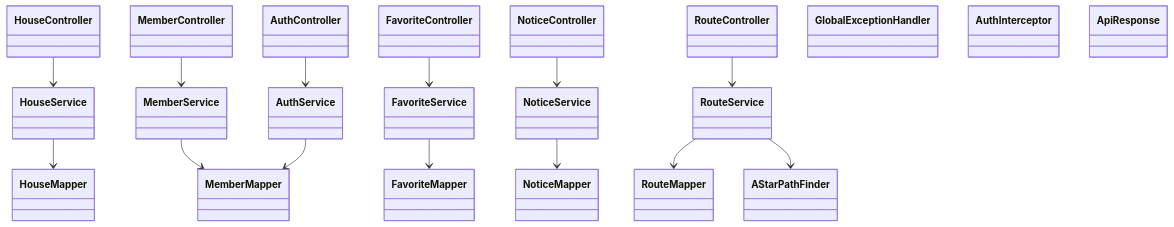
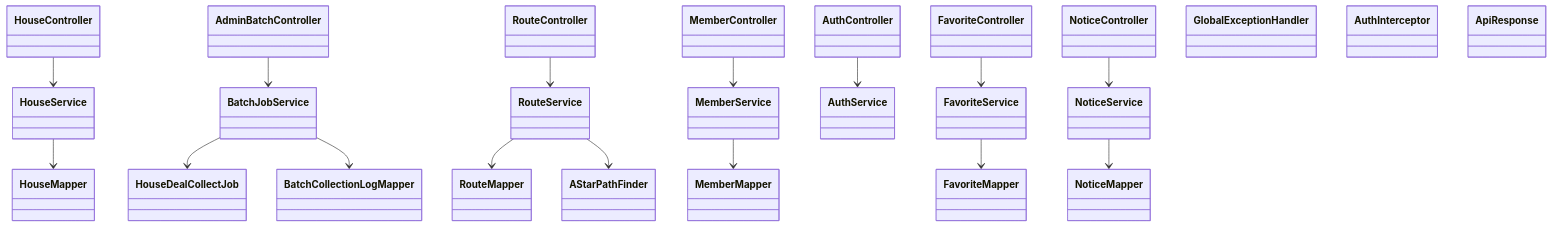
The third of 3 diagrams in docs/06_backend/class-diagram.md (farewell-old-creaky-home-always-with-me/ssafy-pjt), drawn with Mermaid before and after one commit. The commit also changed other lines of this file and 28 other files, not shown here.

````diff
--- a/docs/06_backend/class-diagram.md
+++ b/docs/06_backend/class-diagram.md
@@ -136,44 +171,44 @@
 ```mermaid
 classDiagram
     class HouseController
     class HouseService
     class HouseMapper
-
-    class MemberController
-    class MemberService
-    class MemberMapper
-
-    class AuthController
-    class AuthService
-
-    class FavoriteController
-    class FavoriteService
-    class FavoriteMapper
-
-    class NoticeController
-    class NoticeService
-    class NoticeMapper
-
+    class AdminBatchController
+    class BatchJobService
+    class HouseDealCollectJob
+    class BatchCollectionLogMapper
     class RouteController
     class RouteService
     class RouteMapper
     class AStarPathFinder
-
+    class MemberController
+    class MemberService
+    class MemberMapper
+    class AuthController
+    class AuthService
+    class FavoriteController
+    class FavoriteService
+    class FavoriteMapper
+    class NoticeController
+    class NoticeService
+    class NoticeMapper
     class GlobalExceptionHandler
     class AuthInterceptor
     class ApiResponse
 
     HouseController --> HouseService
     HouseService --> HouseMapper
+    AdminBatchController --> BatchJobService
+    BatchJobService --> HouseDealCollectJob
+    BatchJobService --> BatchCollectionLogMapper
+    RouteController --> RouteService
+    RouteService --> RouteMapper
+    RouteService --> AStarPathFinder
     MemberController --> MemberService
     MemberService --> MemberMapper
     AuthController --> AuthService
-    AuthService --> MemberMapper
     FavoriteController --> FavoriteService
     FavoriteService --> FavoriteMapper
     NoticeController --> NoticeService
     NoticeService --> NoticeMapper
-    RouteController --> RouteService
-    RouteService --> RouteMapper
-    RouteService --> AStarPathFinder
 ```
````
